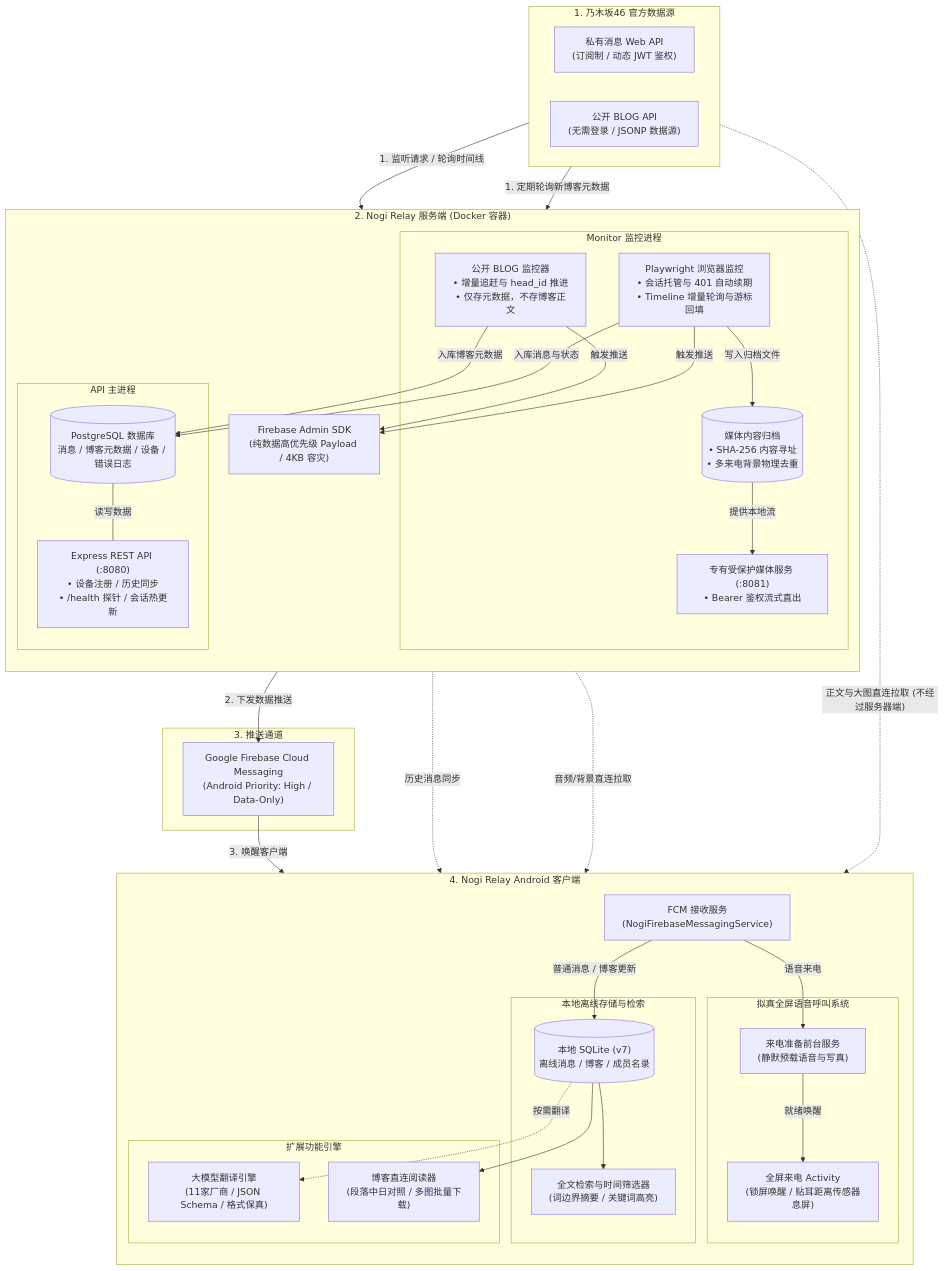
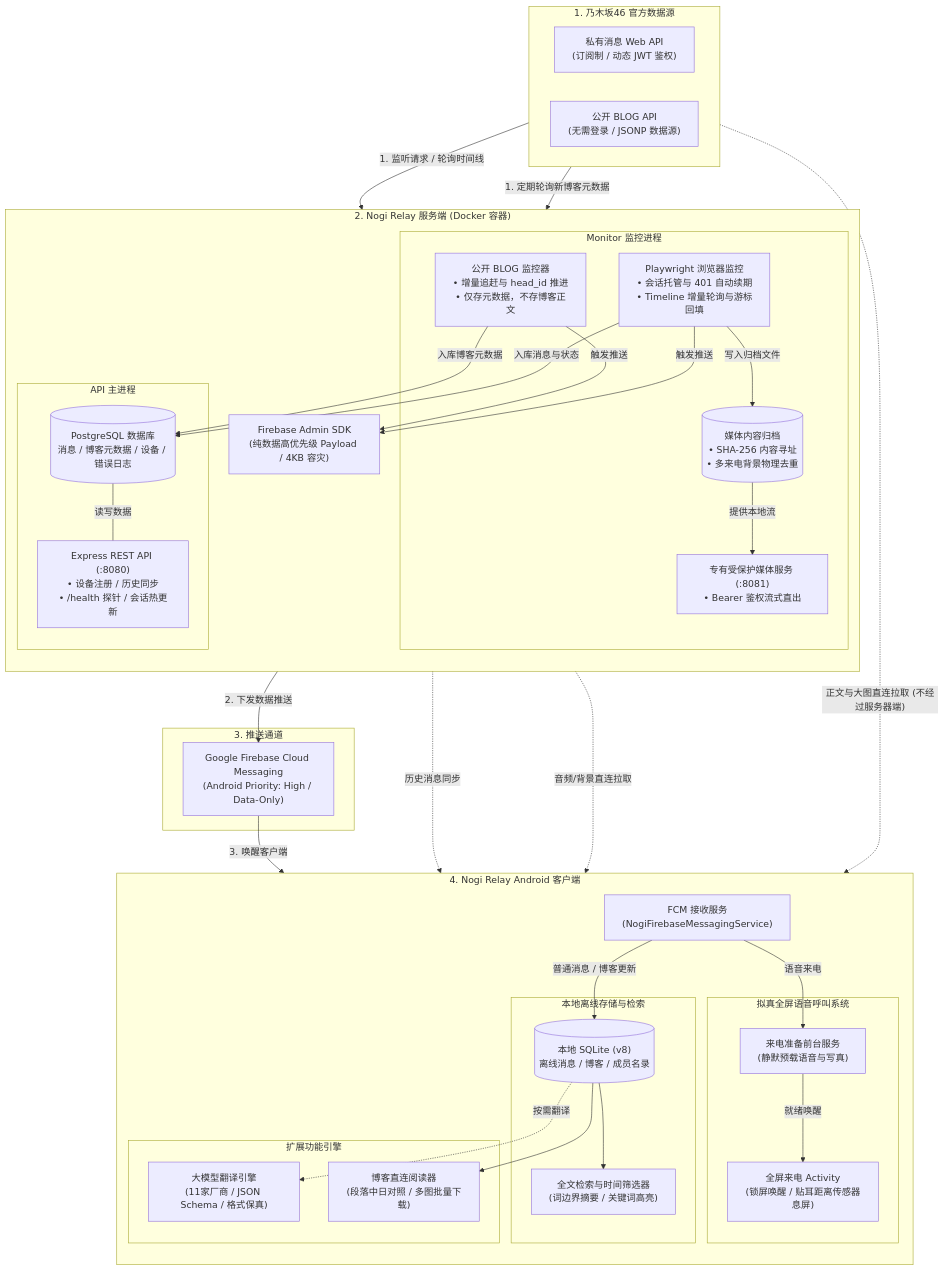
One commit to jishin-namazu/Nogizaka46-Relay changed the first of 4 diagrams in DEVELOPMENT.md. Above: the diagram before and after it, drawn with Mermaid. The commit also changed other lines of this file and 14 other files, not shown here.

````diff
--- a/DEVELOPMENT.md
+++ b/DEVELOPMENT.md
@@ -52,77 +52,77 @@
 ```mermaid
 flowchart TD
     subgraph Sources["1. 乃木坂46 官方数据源"]
         direction LR
         NogiMsg["私有消息 Web API<br/>(订阅制 / 动态 JWT 鉴权)"]
         NogiBlog["公开 BLOG API<br/>(无需登录 / JSONP 数据源)"]
     end
 
     subgraph RelayServer["2. Nogi Relay 服务端 (Docker 容器)"]
         direction TB
         subgraph MonitorProc["Monitor 监控进程"]
             Browser["Playwright 浏览器监控<br/>• 会话托管与 401 自动续期<br/>• Timeline 增量轮询与游标回填"]
             BlogMon["公开 BLOG 监控器<br/>• 增量追赶与 head_id 推进<br/>• 仅存元数据，不存博客正文"]
             MediaStore[("媒体内容归档<br/>• SHA-256 内容寻址<br/>• 多来电背景物理去重")]
             MediaSrv["专有受保护媒体服务 (:8081)<br/>• Bearer 鉴权流式直出"]
         end
 
         subgraph ApiProc["API 主进程"]
             RESTAPI["Express REST API (:8080)<br/>• 设备注册 / 历史同步<br/>• /health 探针 / 会话热更新"]
             DB[(PostgreSQL 数据库<br/>消息 / 博客元数据 / 设备 / 错误日志)]
         end
 
         FCMService["Firebase Admin SDK<br/>(纯数据高优先级 Payload / 4KB 容灾)"]
 
         Browser -->|"写入归档文件"| MediaStore
         MediaStore -->|"提供本地流"| MediaSrv
         Browser -->|"入库消息与状态"| DB
         BlogMon -->|"入库博客元数据"| DB
         DB ---|"读写数据"| RESTAPI
         Browser -->|"触发推送"| FCMService
         BlogMon -->|"触发推送"| FCMService
     end
 
     subgraph PushNetwork["3. 推送通道"]
         FCM["Google Firebase Cloud Messaging<br/>(Android Priority: High / Data-Only)"]
     end
 
     subgraph AndroidClient["4. Nogi Relay Android 客户端"]
         direction TB
         FCMReceiver["FCM 接收服务<br/>(NogiFirebaseMessagingService)"]
 
         subgraph InCallSys["拟真全屏语音呼叫系统"]
             PrepService["来电准备前台服务<br/>(静默预载语音与写真)"]
             CallActivity["全屏来电 Activity<br/>(锁屏唤醒 / 贴耳距离传感器息屏)"]
         end
 
         subgraph StorageSearch["本地离线存储与检索"]
-            LocalDB[("本地 SQLite (v7)<br/>离线消息 / 博客 / 成员名录")]
+            LocalDB[("本地 SQLite (v8)<br/>离线消息 / 博客 / 成员名录")]
             SearchEngine["全文检索与时间筛选器<br/>(词边界摘要 / 关键词高亮)"]
         end
 
         subgraph ExtEngines["扩展功能引擎"]
             BlogUI["博客直连阅读器<br/>(段落中日对照 / 多图批量下载)"]
             AITrans["大模型翻译引擎<br/>(11家厂商 / JSON Schema / 格式保真)"]
         end
 
         FCMReceiver -->|"语音来电"| PrepService
         PrepService -->|"就绪唤醒"| CallActivity
         FCMReceiver -->|"普通消息 / 博客更新"| LocalDB
         LocalDB --> SearchEngine
         LocalDB --> BlogUI
         LocalDB -.->|"按需翻译"| AITrans
     end
 
     %% 主干链路 (从上至下平滑推进，避免交叉重叠)
     NogiMsg -->|"1. 监听请求 / 轮询时间线"| Browser
     NogiBlog -->|"1. 定期轮询新博客元数据"| BlogMon
     FCMService -->|"2. 下发数据推送"| FCM
     FCM -->|"3. 唤醒客户端"| FCMReceiver
 
     %% 客户端与服务端的补充同步链路 (从上层下发至客户端，顺向连接)
     RESTAPI -.->|"历史消息同步"| LocalDB
     MediaSrv -.->|"音频/背景直连拉取"| PrepService
 
     %% 客户端直连官网 (外侧顺向连接)
     NogiBlog -.->|"正文与大图直连拉取 (不经过服务器端)"| BlogUI
 ```
````
